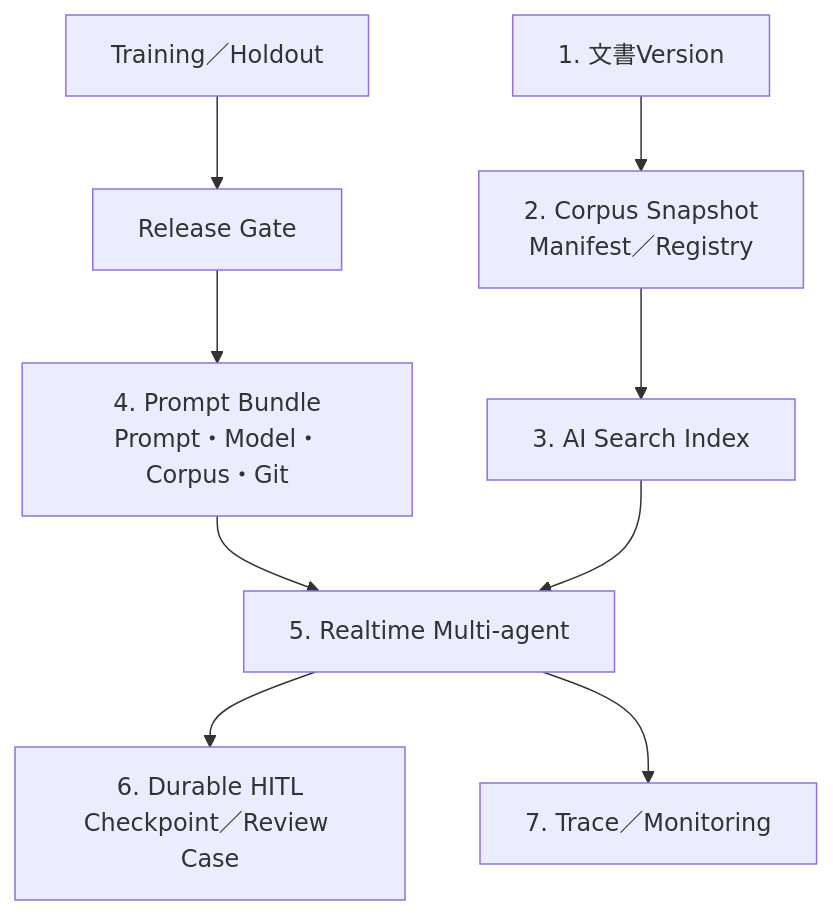
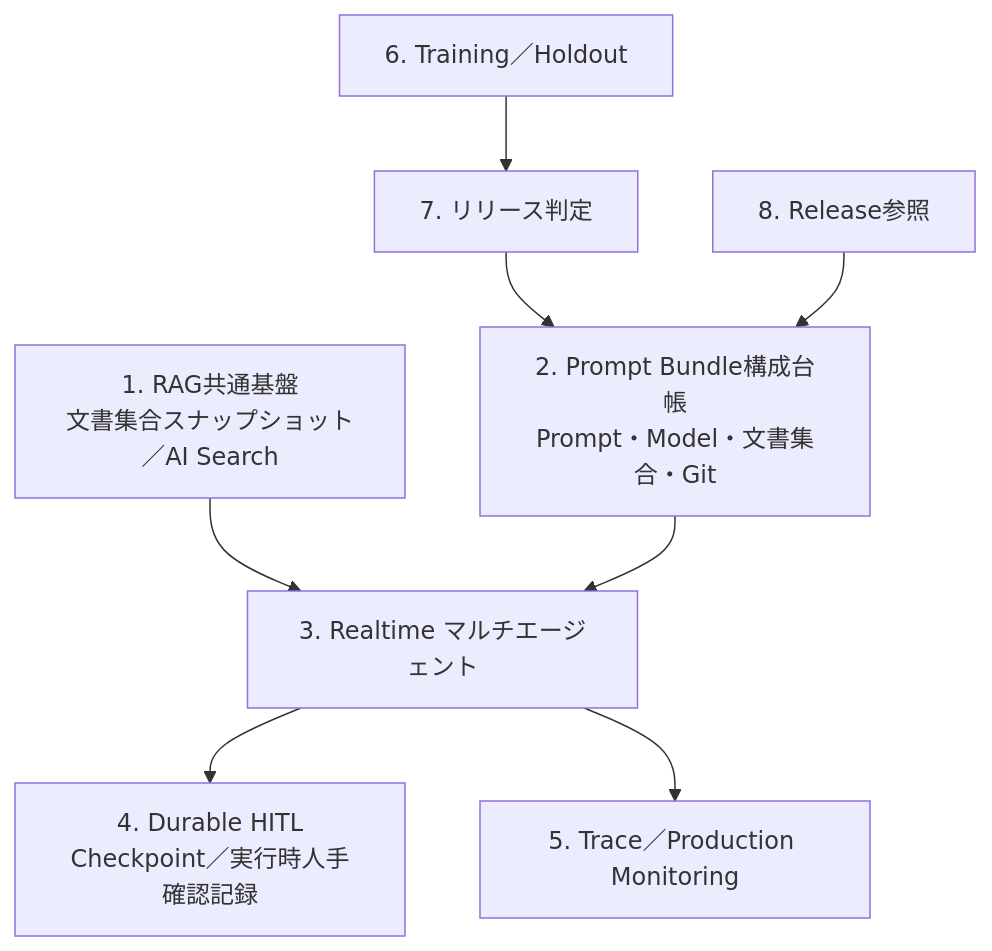
One commit to junTaniguchi/llm_ops changed the ninth of 17 diagrams in 技術レポート作成マルチエージェント_完成版.md. Above: the diagram before and after it, drawn with Mermaid. The commit also changed other lines of this file, not shown here.

````diff
--- a/技術レポート作成マルチエージェント_完成版.md
+++ b/技術レポート作成マルチエージェント_完成版.md
@@ -2330,10 +2311,9 @@
 ```mermaid
 flowchart TD
-    DOC["1. 文書Version"] --> SNAP["2. Corpus Snapshot<br/>Manifest／Registry"]
-    SNAP --> IDX["3. AI Search Index"]
-    PB["4. Prompt Bundle<br/>Prompt・Model・Corpus・Git"] --> G["5. Realtime Multi-agent"]
-    IDX --> G
-    G --> HITL["6. Durable HITL<br/>Checkpoint／Review Case"]
-    G --> TRACE["7. Trace／Monitoring"]
-    HOLD["Training／Holdout"] --> GATE["Release Gate"] --> PB
+    RAG["1. RAG共通基盤<br/>文書集合スナップショット／AI Search"] --> G["3. Realtime マルチエージェント"]
+    PB["2. Prompt Bundle構成台帳<br/>Prompt・Model・文書集合・Git"] --> G
+    G --> HITL["4. Durable HITL<br/>Checkpoint／実行時人手確認記録"]
+    G --> TRACE["5. Trace／Production Monitoring"]
+    HOLD["6. Training／Holdout"] --> GATE["7. リリース判定"] --> PB
+    REF["8. Release参照"] --> PB
 ```
````
